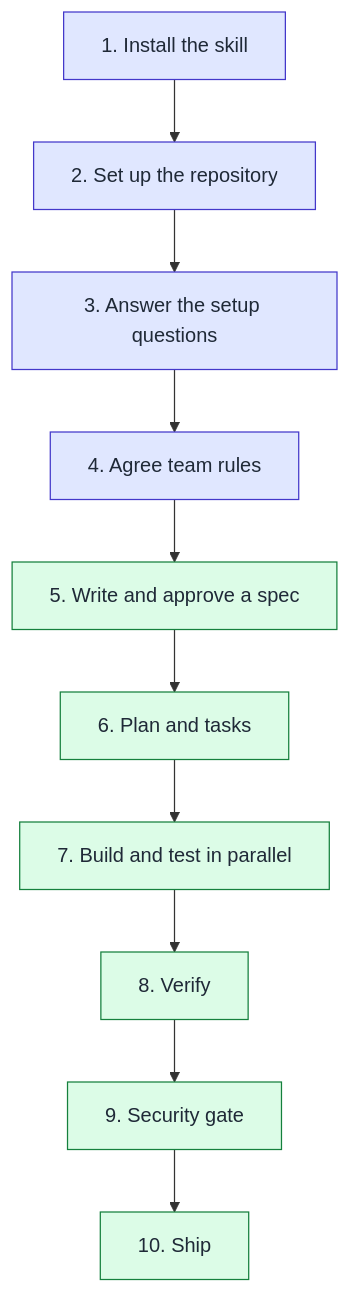
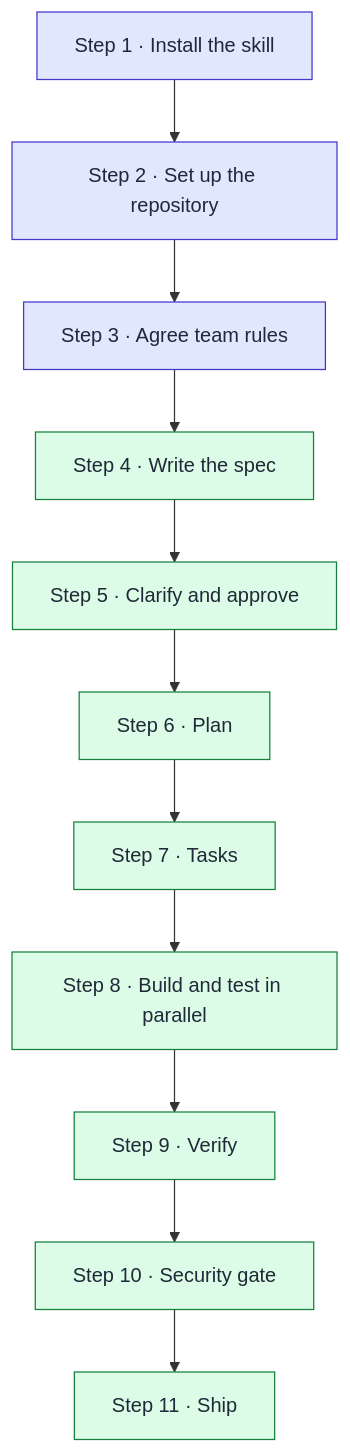
One commit to ashishmohanty-99/spec-driven-development changed the first of 2 diagrams in wiki/Getting-Started.md. Above: the diagram before and after it, drawn with Mermaid. The commit also changed other lines of this file and 26 other files, not shown here.

````diff
--- a/wiki/Getting-Started.md
+++ b/wiki/Getting-Started.md
@@ -7,16 +7,17 @@
 ```mermaid
 flowchart TD
-    A[1. Install the skill] --> B[2. Set up the repository]
-    B --> C[3. Answer the setup questions]
-    C --> D[4. Agree team rules]
-    D --> E[5. Write and approve a spec]
-    E --> F[6. Plan and tasks]
-    F --> G[7. Build and test in parallel]
-    G --> H[8. Verify]
-    H --> I[9. Security gate]
-    I --> J[10. Ship]
+    S1[Step 1 · Install the skill] --> S2[Step 2 · Set up the repository]
+    S2 --> S3[Step 3 · Agree team rules]
+    S3 --> S4[Step 4 · Write the spec]
+    S4 --> S5[Step 5 · Clarify and approve]
+    S5 --> S6[Step 6 · Plan]
+    S6 --> S7[Step 7 · Tasks]
+    S7 --> S8[Step 8 · Build and test in parallel]
+    S8 --> S9[Step 9 · Verify]
+    S9 --> S10[Step 10 · Security gate]
+    S10 --> S11[Step 11 · Ship]
     classDef once fill:#e0e7ff,stroke:#4338ca,color:#1f2937
     classDef each fill:#dcfce7,stroke:#15803d,color:#1f2937
-    class A,B,C,D once
-    class E,F,G,H,I,J each
+    class S1,S2,S3 once
+    class S4,S5,S6,S7,S8,S9,S10,S11 each
 ```
````
